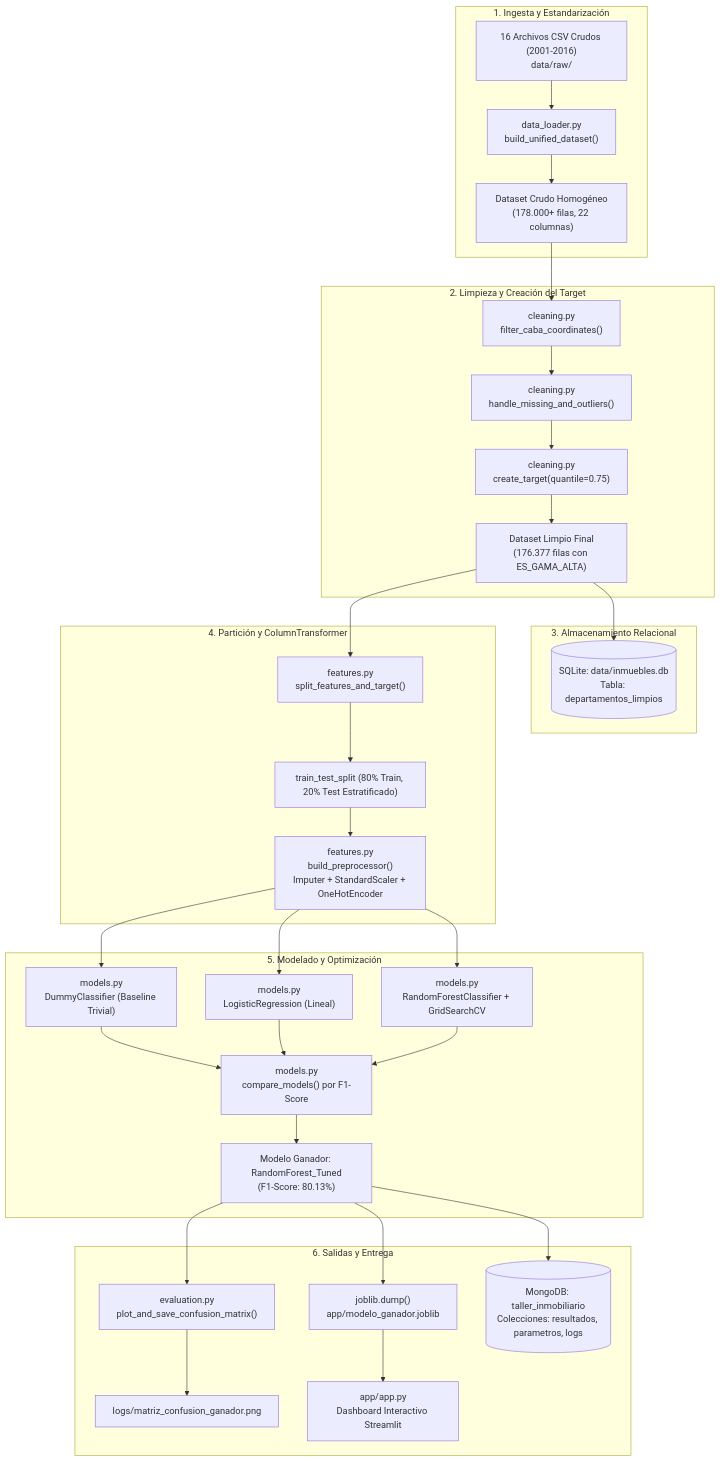
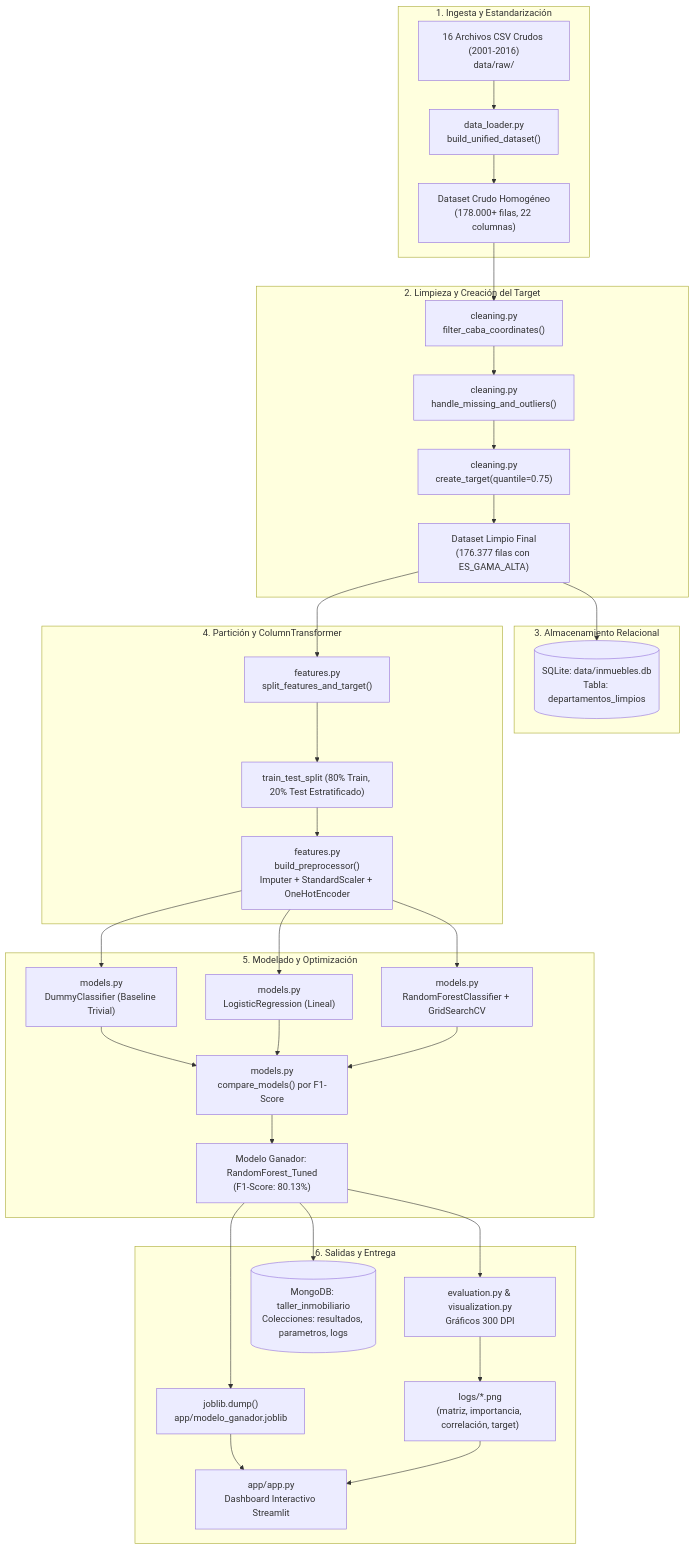
The first of 6 diagrams in DOCUMENTACION.md (pradiant/prog_v1_antigravity), drawn with Mermaid before and after one commit. The commit also changed other lines of this file and 14 other files, not shown here.

````diff
--- a/DOCUMENTACION.md
+++ b/DOCUMENTACION.md
@@ -68,40 +68,40 @@
 ```mermaid
 flowchart TD
     subgraph Ingesta ["1. Ingesta y Estandarización"]
         A["16 Archivos CSV Crudos (2001-2016)<br/>data/raw/"] --> B["data_loader.py<br/>build_unified_dataset()"]
         B --> C["Dataset Crudo Homogéneo<br/>(178.000+ filas, 22 columnas)"]
     end
 
     subgraph Depuración ["2. Limpieza y Creación del Target"]
         C --> D["cleaning.py<br/>filter_caba_coordinates()"]
         D --> E["cleaning.py<br/>handle_missing_and_outliers()"]
         E --> F["cleaning.py<br/>create_target(quantile=0.75)"]
         F --> G["Dataset Limpio Final<br/>(176.377 filas con ES_GAMA_ALTA)"]
     end
 
     subgraph Persistencia_SQL ["3. Almacenamiento Relacional"]
         G --> H[("SQLite: data/inmuebles.db<br/>Tabla: departamentos_limpios")]
     end
 
     subgraph Preprocesamiento ["4. Partición y ColumnTransformer"]
         G --> I["features.py<br/>split_features_and_target()"]
         I --> J["train_test_split (80% Train, 20% Test Estratificado)"]
         J --> K["features.py<br/>build_preprocessor()<br/>Imputer + StandardScaler + OneHotEncoder"]
     end
 
     subgraph Modelado ["5. Modelado y Optimización"]
         K --> L["models.py<br/>DummyClassifier (Baseline Trivial)"]
         K --> M["models.py<br/>LogisticRegression (Lineal)"]
         K --> N["models.py<br/>RandomForestClassifier + GridSearchCV"]
         L & M & N --> O["models.py<br/>compare_models() por F1-Score"]
         O --> P["Modelo Ganador: RandomForest_Tuned<br/>(F1-Score: 80.13%)"]
     end
 
     subgraph Inferencia_Persistencia ["6. Salidas y Entrega"]
         P --> Q["joblib.dump()<br/>app/modelo_ganador.joblib"]
-        P --> R["evaluation.py<br/>plot_and_save_confusion_matrix()"]
-        R --> S["logs/matriz_confusion_ganador.png"]
+        P --> R["evaluation.py & visualization.py<br/>Gráficos 300 DPI"]
+        R --> S["logs/*.png<br/>(matriz, importancia, correlación, target)"]
         P --> T[("MongoDB: taller_inmobiliario<br/>Colecciones: resultados, parametros, logs")]
-        Q --> U["app/app.py<br/>Dashboard Interactivo Streamlit"]
+        Q & S --> U["app/app.py<br/>Dashboard Interactivo Streamlit"]
     end
 ```
````
